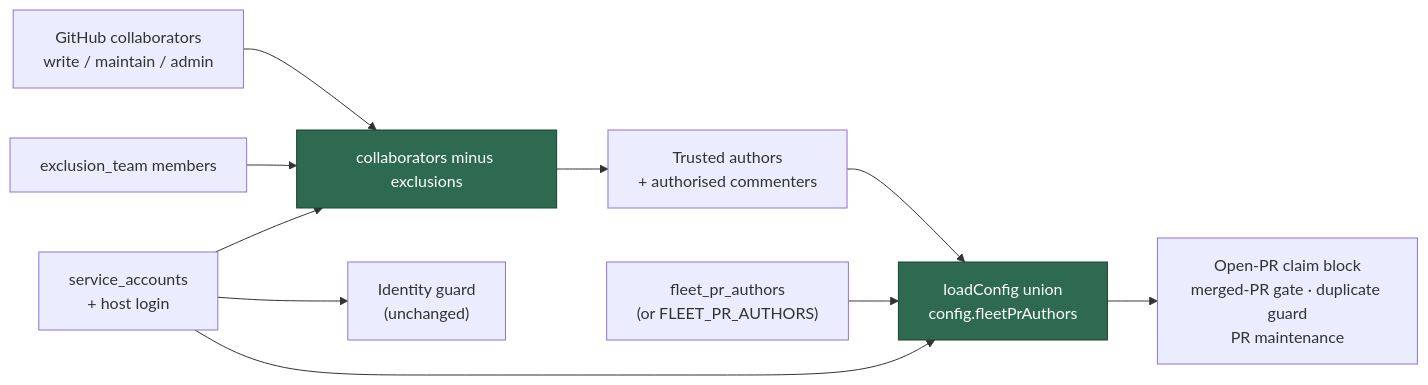
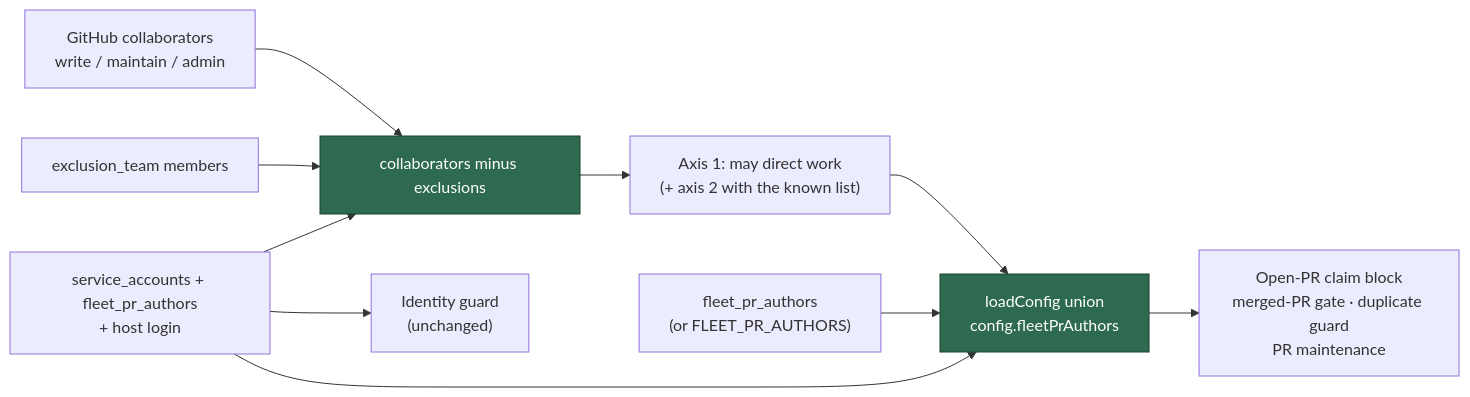
Diagram 13 of 18 in docs/CONFIGURATION.md (stSoftwareAU/VibeCoder), drawn with Mermaid before and after one commit. The commit also changed other lines of this file and 36 other files, not shown here.

````diff
--- a/docs/CONFIGURATION.md
+++ b/docs/CONFIGURATION.md
@@ -2772,14 +2790,14 @@
 ```mermaid
 flowchart LR
     GCol["GitHub collaborators<br/>write / maintain / admin"] --> X
     Team["exclusion_team members"] --> X
-    S["service_accounts<br/>+ host login"] --> X
-    X["collaborators minus exclusions"] --> T["Trusted authors<br/>+ authorised commenters"]
+    S["service_accounts + fleet_pr_authors<br/>+ host login"] --> X
+    X["collaborators minus exclusions"] --> T["Axis 1: may direct work<br/>(+ axis 2 with the known list)"]
     T --> U
     F["fleet_pr_authors<br/>(or FLEET_PR_AUTHORS)"] --> U
     S --> U
     U["loadConfig union<br/>config.fleetPrAuthors"] --> Gds["Open-PR claim block<br/>merged-PR gate · duplicate guard<br/>PR maintenance"]
     S --> I["Identity guard<br/>(unchanged)"]
     style X fill:#2d6a4f,stroke:#1b4332,color:#fff
     style U fill:#2d6a4f,stroke:#1b4332,color:#fff
 ```
````
